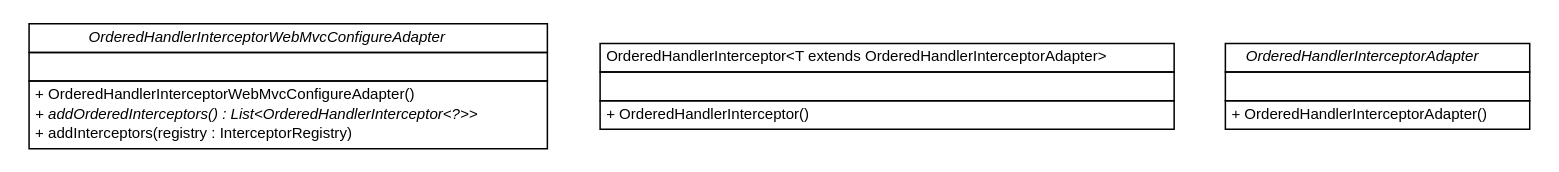
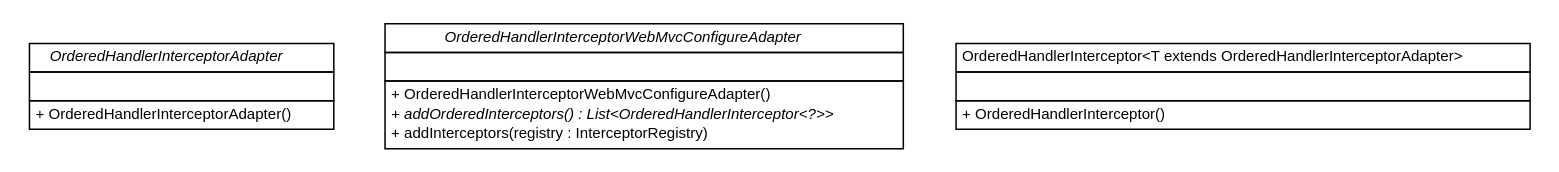
The diagram in release/build-docker/cloud-ready-parent/spring-boot-commons/apidocs/top/infra/web/servlet/handler/top.infra.web.servlet.handler.dot (cloud-ready/cloud-ready), drawn with Graphviz before and after one commit. The commit also changed 109 other files, not shown here.

```diff
--- a/release/build-docker/cloud-ready-parent/spring-boot-commons/apidocs/top/infra/web/servlet/handler/top.infra.web.servlet.handler.dot
+++ b/release/build-docker/cloud-ready-parent/spring-boot-commons/apidocs/top/infra/web/servlet/handler/top.infra.web.servlet.handler.dot
@@ -1,50 +1,50 @@
 #!/usr/local/bin/dot
 #
 # Class diagram 
 # Generated by UMLGraph version R5_6-24-gf6e263 (http://www.umlgraph.org/)
 #
 
 digraph G {
 	edge [fontname="Helvetica",fontsize=10,labelfontname="Helvetica",labelfontsize=10];
 	node [fontname="Helvetica",fontsize=10,shape=plaintext];
 	nodesep=0.25;
 	ranksep=0.5;
+	// top.infra.web.servlet.handler.OrderedHandlerInterceptorAdapter
+	c0 [label=<<table title="top.infra.web.servlet.handler.OrderedHandlerInterceptorAdapter" border="0" cellborder="1" cellspacing="0" cellpadding="2" port="p" href="./OrderedHandlerInterceptorAdapter.html">
+		<tr><td><table border="0" cellspacing="0" cellpadding="1">
+<tr><td align="center" balign="center"><font face="Helvetica-Oblique"> OrderedHandlerInterceptorAdapter </font></td></tr>
+		</table></td></tr>
+		<tr><td><table border="0" cellspacing="0" cellpadding="1">
+<tr><td align="left" balign="left">  </td></tr>
+		</table></td></tr>
+		<tr><td><table border="0" cellspacing="0" cellpadding="1">
+<tr><td align="left" balign="left"> + OrderedHandlerInterceptorAdapter() </td></tr>
+		</table></td></tr>
+		</table>>, URL="./OrderedHandlerInterceptorAdapter.html", fontname="Helvetica", fontcolor="black", fontsize=10.0];
 	// top.infra.web.servlet.handler.OrderedHandlerInterceptorWebMvcConfigureAdapter
-	c0 [label=<<table title="top.infra.web.servlet.handler.OrderedHandlerInterceptorWebMvcConfigureAdapter" border="0" cellborder="1" cellspacing="0" cellpadding="2" port="p" href="./OrderedHandlerInterceptorWebMvcConfigureAdapter.html">
+	c1 [label=<<table title="top.infra.web.servlet.handler.OrderedHandlerInterceptorWebMvcConfigureAdapter" border="0" cellborder="1" cellspacing="0" cellpadding="2" port="p" href="./OrderedHandlerInterceptorWebMvcConfigureAdapter.html">
 		<tr><td><table border="0" cellspacing="0" cellpadding="1">
 <tr><td align="center" balign="center"><font face="Helvetica-Oblique"> OrderedHandlerInterceptorWebMvcConfigureAdapter </font></td></tr>
 		</table></td></tr>
 		<tr><td><table border="0" cellspacing="0" cellpadding="1">
 <tr><td align="left" balign="left">  </td></tr>
 		</table></td></tr>
 		<tr><td><table border="0" cellspacing="0" cellpadding="1">
 <tr><td align="left" balign="left"> + OrderedHandlerInterceptorWebMvcConfigureAdapter() </td></tr>
 <tr><td align="left" balign="left"><font face="Helvetica-Oblique" point-size="10.0"> + addOrderedInterceptors() : List&lt;OrderedHandlerInterceptor&lt;?&gt;&gt; </font></td></tr>
 <tr><td align="left" balign="left"> + addInterceptors(registry : InterceptorRegistry) </td></tr>
 		</table></td></tr>
 		</table>>, URL="./OrderedHandlerInterceptorWebMvcConfigureAdapter.html", fontname="Helvetica", fontcolor="black", fontsize=10.0];
 	// top.infra.web.servlet.handler.OrderedHandlerInterceptor<T extends top.infra.web.servlet.handler.OrderedHandlerInterceptorAdapter>
-	c1 [label=<<table title="top.infra.web.servlet.handler.OrderedHandlerInterceptor" border="0" cellborder="1" cellspacing="0" cellpadding="2" port="p" href="./OrderedHandlerInterceptor.html">
+	c2 [label=<<table title="top.infra.web.servlet.handler.OrderedHandlerInterceptor" border="0" cellborder="1" cellspacing="0" cellpadding="2" port="p" href="./OrderedHandlerInterceptor.html">
 		<tr><td><table border="0" cellspacing="0" cellpadding="1">
 <tr><td align="center" balign="center"> OrderedHandlerInterceptor&lt;T extends OrderedHandlerInterceptorAdapter&gt; </td></tr>
 		</table></td></tr>
 		<tr><td><table border="0" cellspacing="0" cellpadding="1">
 <tr><td align="left" balign="left">  </td></tr>
 		</table></td></tr>
 		<tr><td><table border="0" cellspacing="0" cellpadding="1">
 <tr><td align="left" balign="left"> + OrderedHandlerInterceptor() </td></tr>
 		</table></td></tr>
 		</table>>, URL="./OrderedHandlerInterceptor.html", fontname="Helvetica", fontcolor="black", fontsize=10.0];
-	// top.infra.web.servlet.handler.OrderedHandlerInterceptorAdapter
-	c2 [label=<<table title="top.infra.web.servlet.handler.OrderedHandlerInterceptorAdapter" border="0" cellborder="1" cellspacing="0" cellpadding="2" port="p" href="./OrderedHandlerInterceptorAdapter.html">
-		<tr><td><table border="0" cellspacing="0" cellpadding="1">
-<tr><td align="center" balign="center"><font face="Helvetica-Oblique"> OrderedHandlerInterceptorAdapter </font></td></tr>
-		</table></td></tr>
-		<tr><td><table border="0" cellspacing="0" cellpadding="1">
-<tr><td align="left" balign="left">  </td></tr>
-		</table></td></tr>
-		<tr><td><table border="0" cellspacing="0" cellpadding="1">
-<tr><td align="left" balign="left"> + OrderedHandlerInterceptorAdapter() </td></tr>
-		</table></td></tr>
-		</table>>, URL="./OrderedHandlerInterceptorAdapter.html", fontname="Helvetica", fontcolor="black", fontsize=10.0];
 }
```
